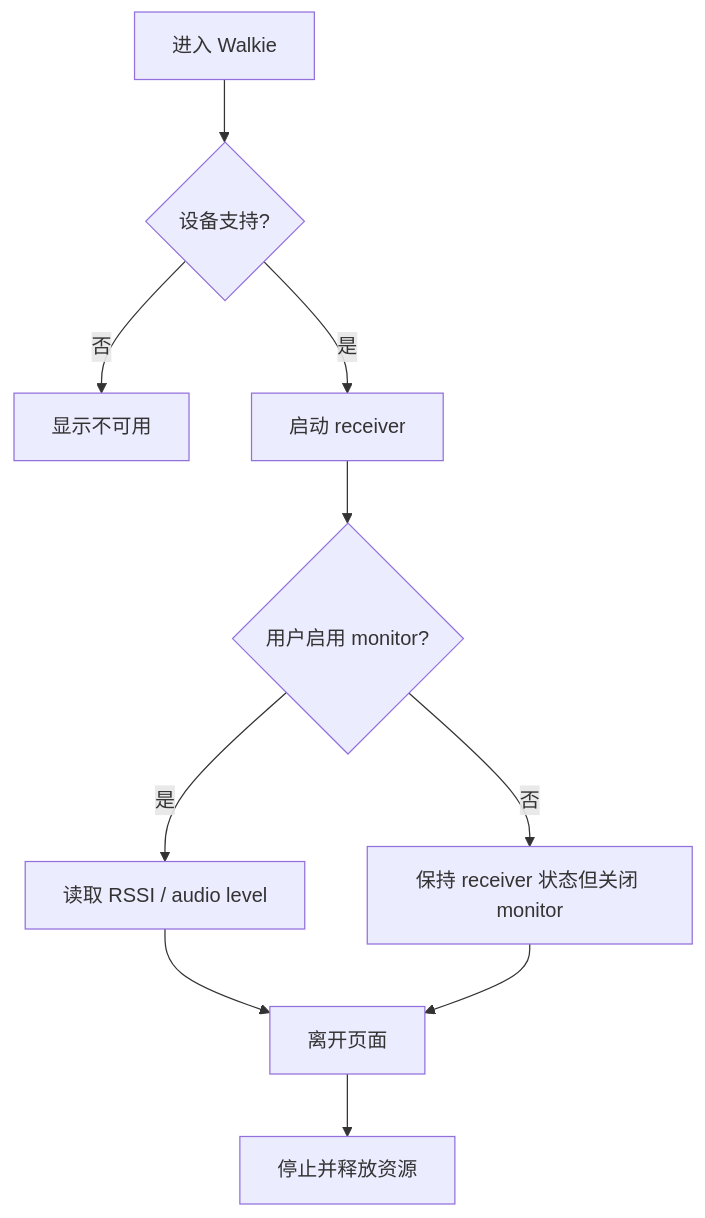
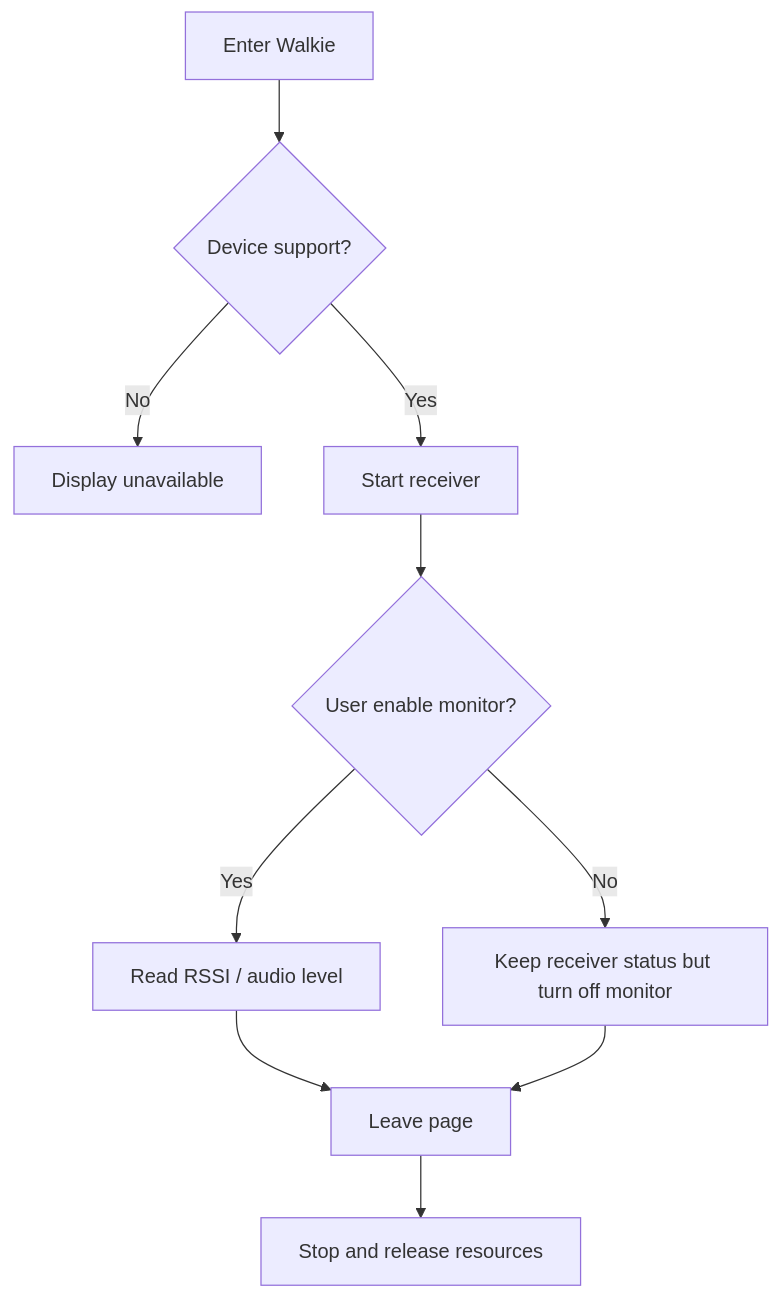
One commit to manmuqingshan/trail-mate changed the diagram in docs/design/use-case-diagrams/monitor-walkie-channel/activity.md. Above: the diagram before and after it, drawn with Mermaid. The commit also changed other lines of this file and 527 other files, not shown here.

````diff
--- a/docs/design/use-case-diagrams/monitor-walkie-channel/activity.md
+++ b/docs/design/use-case-diagrams/monitor-walkie-channel/activity.md
@@ -2,12 +2,12 @@
 ```mermaid
 flowchart TD
-  Enter["进入 Walkie"] --> Cap{"设备支持?"}
-  Cap -- 否 --> Unavailable["显示不可用"]
-  Cap -- 是 --> Start["启动 receiver"]
-  Start --> Toggle{"用户启用 monitor?"}
-  Toggle -- 是 --> Listen["读取 RSSI / audio level"]
-  Toggle -- 否 --> Muted["保持 receiver 状态但关闭 monitor"]
-  Listen --> Exit["离开页面"]
+ Enter["Enter Walkie"] --> Cap{"Device support?"}
+ Cap -- No --> Unavailable["Display unavailable"]
+ Cap -- Yes --> Start["Start receiver"]
+ Start --> Toggle{"User enable monitor?"}
+ Toggle -- Yes --> Listen["Read RSSI / audio level"]
+ Toggle -- No --> Muted["Keep receiver status but turn off monitor"]
+ Listen --> Exit["Leave page"]
   Muted --> Exit
-  Exit --> Stop["停止并释放资源"]
+ Exit --> Stop["Stop and release resources"]
 ```
````
